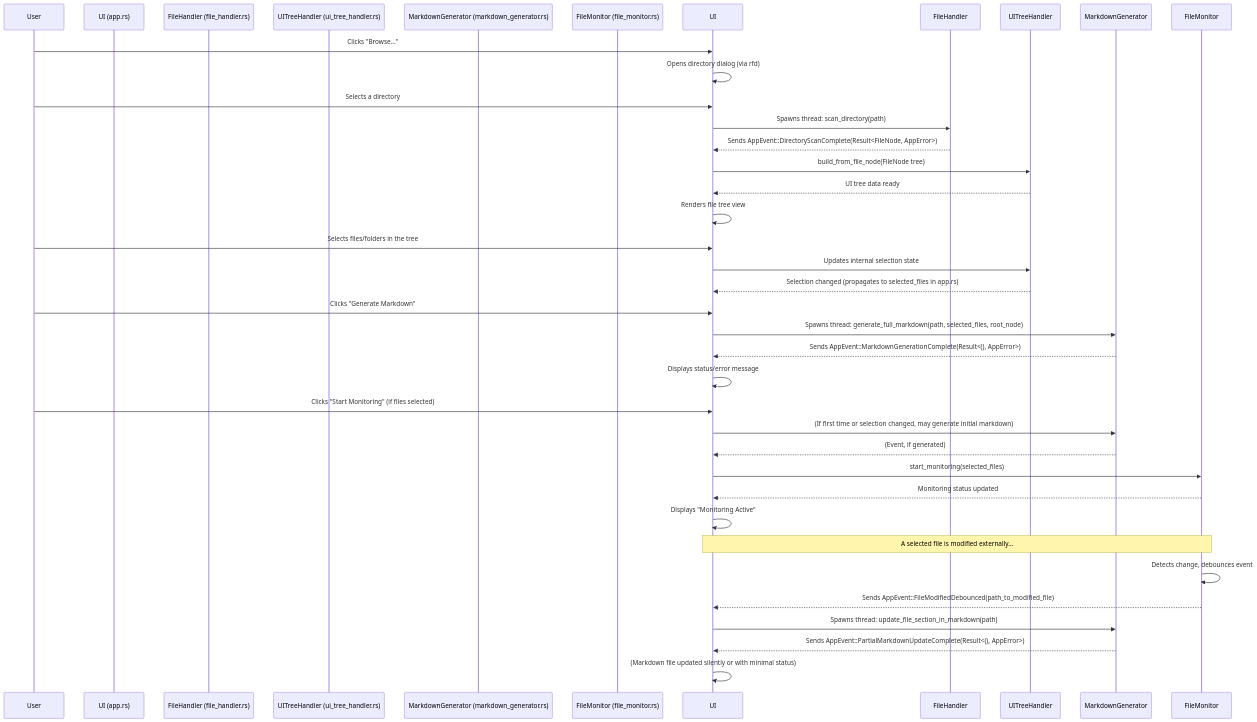
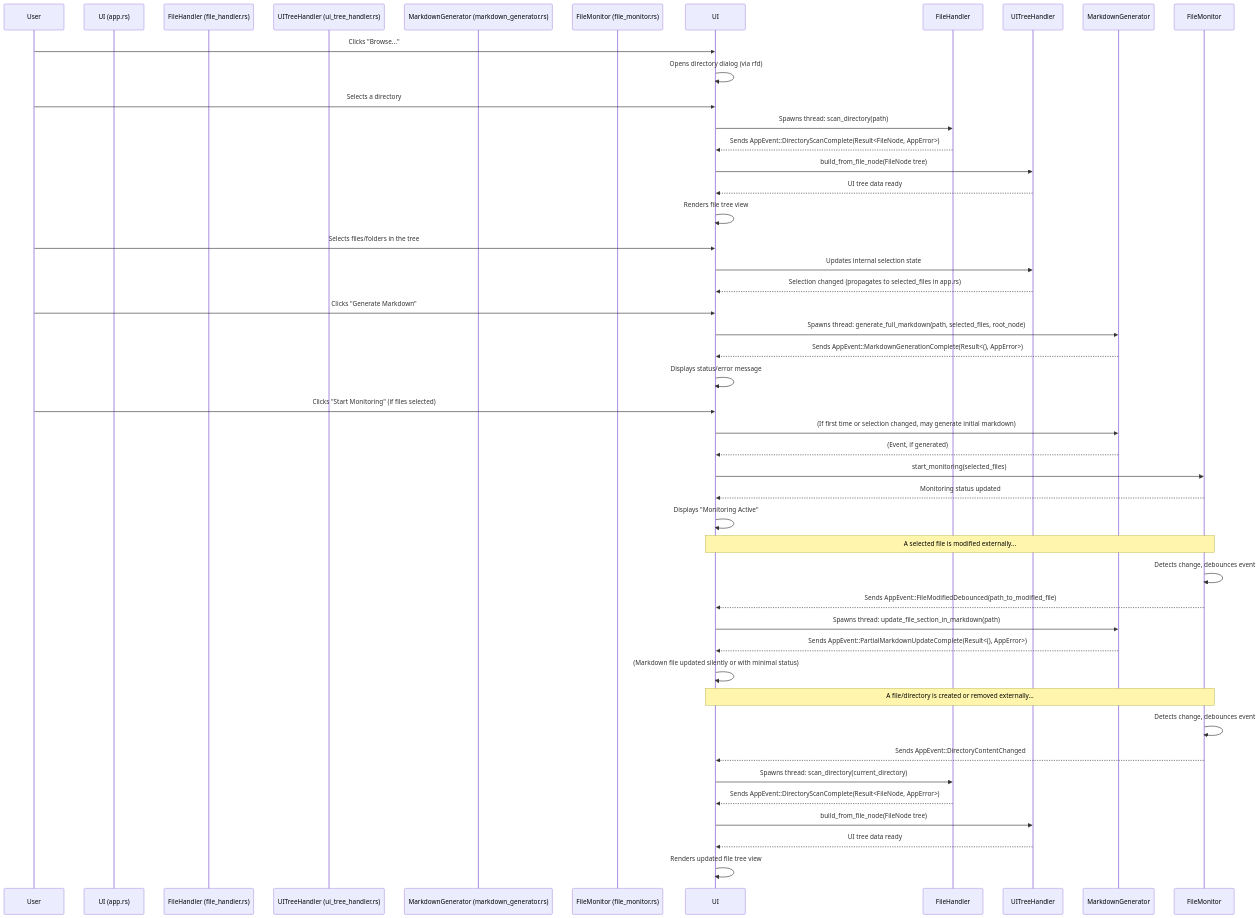
Before and after one commit to NikolayBobovnikov/context_manager: the second of 2 diagrams in README.md, drawn with Mermaid. The commit also changed other lines of this file and 4 other files, not shown here.

````diff
--- a/README.md
+++ b/README.md
@@ -98,41 +98,50 @@
 ```mermaid
 sequenceDiagram
     participant User
     participant UI (app.rs)
     participant FileHandler (file_handler.rs)
     participant UITreeHandler (ui_tree_handler.rs)
     participant MarkdownGenerator (markdown_generator.rs)
     participant FileMonitor (file_monitor.rs)
 
     User->>UI: Clicks "Browse..."
     UI->>UI: Opens directory dialog (via rfd)
     User->>UI: Selects a directory
     UI->>FileHandler: Spawns thread: scan_directory(path)
     FileHandler-->>UI: Sends AppEvent::DirectoryScanComplete(Result<FileNode, AppError>)
     UI->>UITreeHandler: build_from_file_node(FileNode tree)
     UITreeHandler-->>UI: UI tree data ready
     UI->>UI: Renders file tree view
 
     User->>UI: Selects files/folders in the tree
     UI->>UITreeHandler: Updates internal selection state
     UITreeHandler-->>UI: Selection changed (propagates to selected_files in app.rs)
 
     User->>UI: Clicks "Generate Markdown"
     UI->>MarkdownGenerator: Spawns thread: generate_full_markdown(path, selected_files, root_node)
     MarkdownGenerator-->>UI: Sends AppEvent::MarkdownGenerationComplete(Result<(), AppError>)
     UI->>UI: Displays status/error message
 
     User->>UI: Clicks "Start Monitoring" (if files selected)
     UI->>MarkdownGenerator: (If first time or selection changed, may generate initial markdown)
     MarkdownGenerator-->>UI: (Event, if generated)
     UI->>FileMonitor: start_monitoring(selected_files)
     FileMonitor-->>UI: Monitoring status updated
     UI->>UI: Displays "Monitoring Active"
 
     Note over FileMonitor, UI: A selected file is modified externally...
     FileMonitor->>FileMonitor: Detects change, debounces event
     FileMonitor-->>UI: Sends AppEvent::FileModifiedDebounced(path_to_modified_file)
     UI->>MarkdownGenerator: Spawns thread: update_file_section_in_markdown(path)
     MarkdownGenerator-->>UI: Sends AppEvent::PartialMarkdownUpdateComplete(Result<(), AppError>)
     UI->>UI: (Markdown file updated silently or with minimal status)
+
+    Note over FileMonitor, UI: A file/directory is created or removed externally...
+    FileMonitor->>FileMonitor: Detects change, debounces event
+    FileMonitor-->>UI: Sends AppEvent::DirectoryContentChanged
+    UI->>FileHandler: Spawns thread: scan_directory(current_directory)
+    FileHandler-->>UI: Sends AppEvent::DirectoryScanComplete(Result<FileNode, AppError>)
+    UI->>UITreeHandler: build_from_file_node(FileNode tree)
+    UITreeHandler-->>UI: UI tree data ready
+    UI->>UI: Renders updated file tree view
 ```
````
